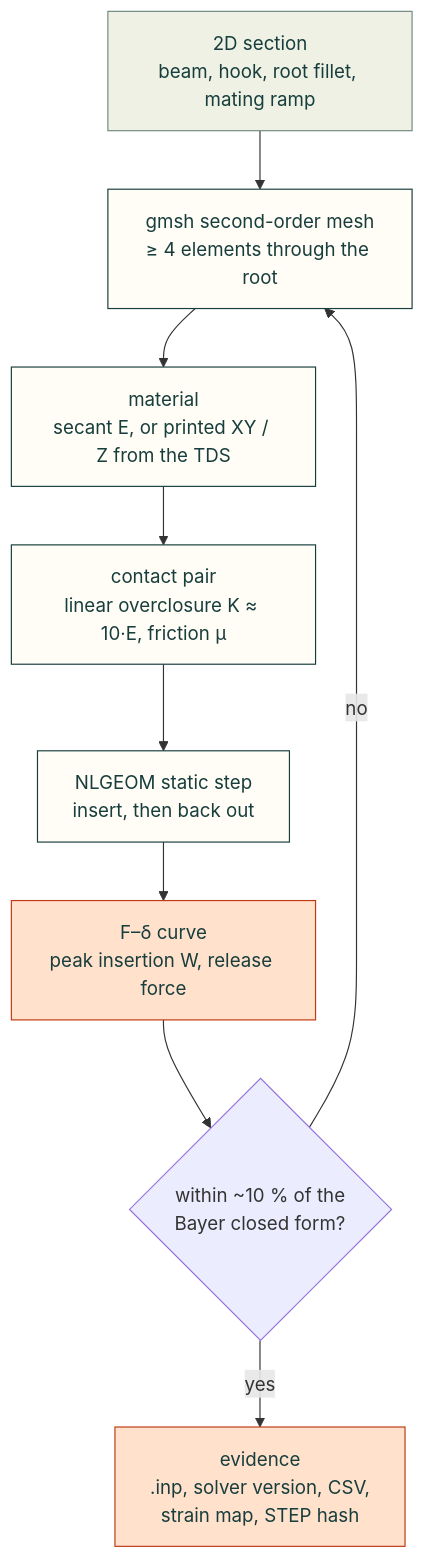
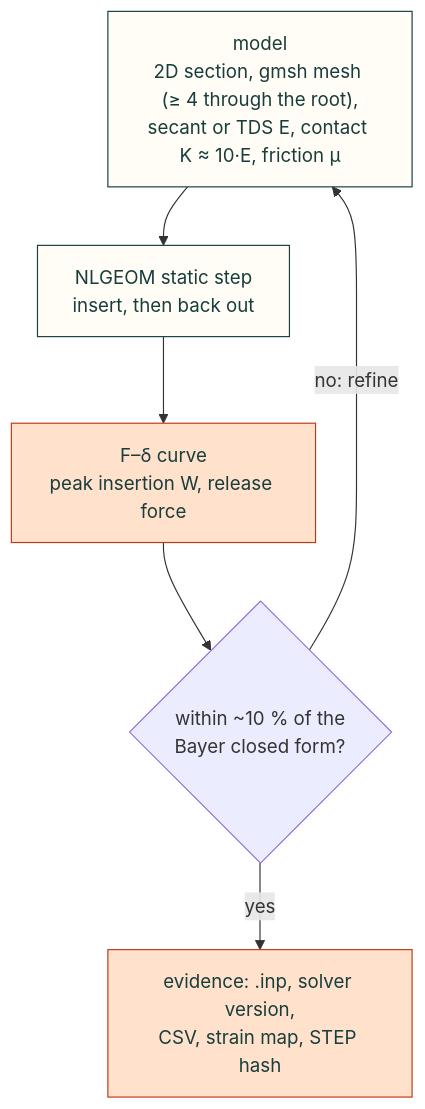
Before and after one commit to Valpatel/cad-agent: the diagram in research/fea-and-process-tools.md, drawn with Mermaid. The commit also changed 2 other files, not shown here.

Commit message:
Research diagrams: fit the column (shorter mind map and licence labels, a five-step FEA run)

````diff
--- a/research/fea-and-process-tools.md
+++ b/research/fea-and-process-tools.md
@@ -51,17 +51,13 @@
 ```mermaid
 flowchart TD
-    G["2D section<br/>beam, hook, root fillet, mating ramp"] --> Me["gmsh second-order mesh<br/>≥ 4 elements through the root"]
-    Me --> Ma["material<br/>secant E, or printed XY / Z from the TDS"]
-    Ma --> Ct["contact pair<br/>linear overclosure K ≈ 10·E, friction μ"]
-    Ct --> St["NLGEOM static step<br/>insert, then back out"]
+    M["model<br/>2D section, gmsh mesh (≥ 4 through the root),<br/>secant or TDS E, contact K ≈ 10·E, friction μ"] --> St["NLGEOM static step<br/>insert, then back out"]
     St --> Out["F–δ curve<br/>peak insertion W, release force"]
     Out --> Acc{"within ~10 % of the<br/>Bayer closed form?"}
-    Acc -->|"yes"| Ev["evidence<br/>.inp, solver version, CSV,<br/>strain map, STEP hash"]
-    Acc -->|"no"| Me
+    Acc -->|"yes"| Ev["evidence: .inp, solver version,<br/>CSV, strain map, STEP hash"]
+    Acc -->|"no: refine"| M
     classDef here fill:#fffdf5,stroke:#173d3c,color:#173d3c
     classDef near fill:#eef1e4,stroke:#6f8a80,color:#173d3c
     classDef out fill:#ffe1cc,stroke:#bd3a12,color:#173d3c
-    class Me,Ma,Ct,St here
-    class G near
+    class M,St here
     class Out,Ev out
 ```
````
